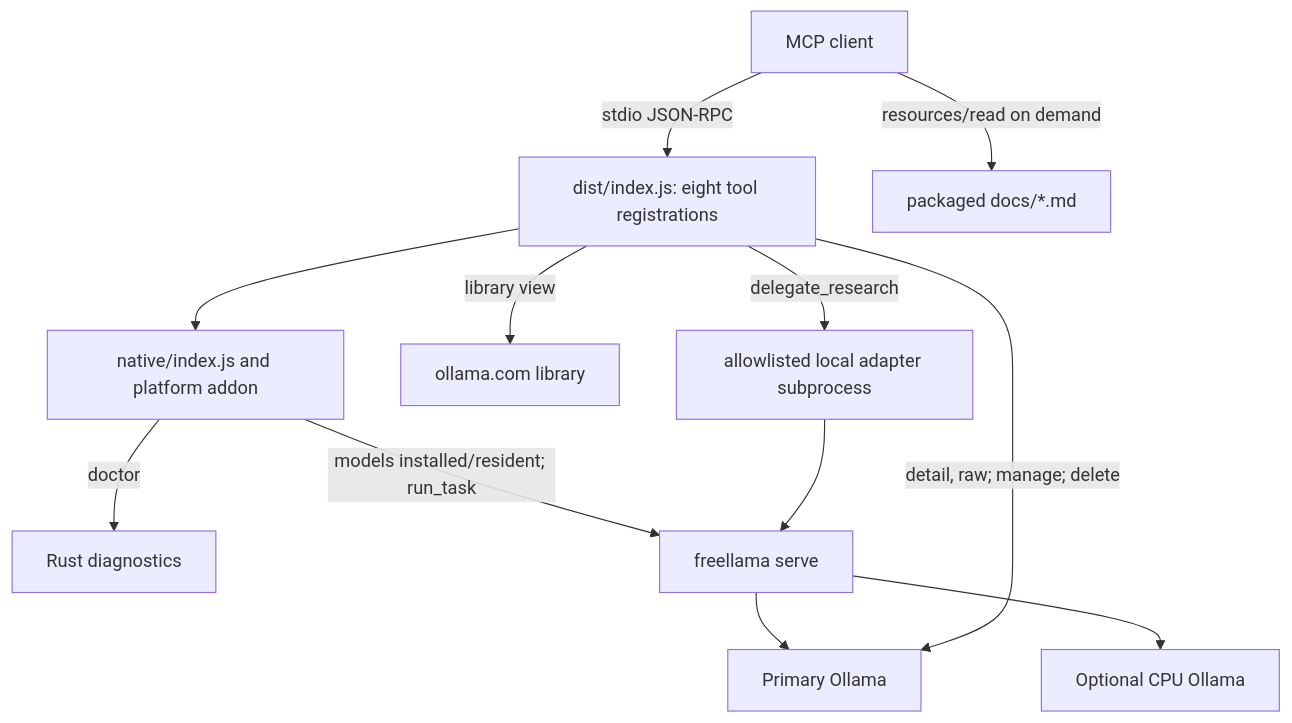
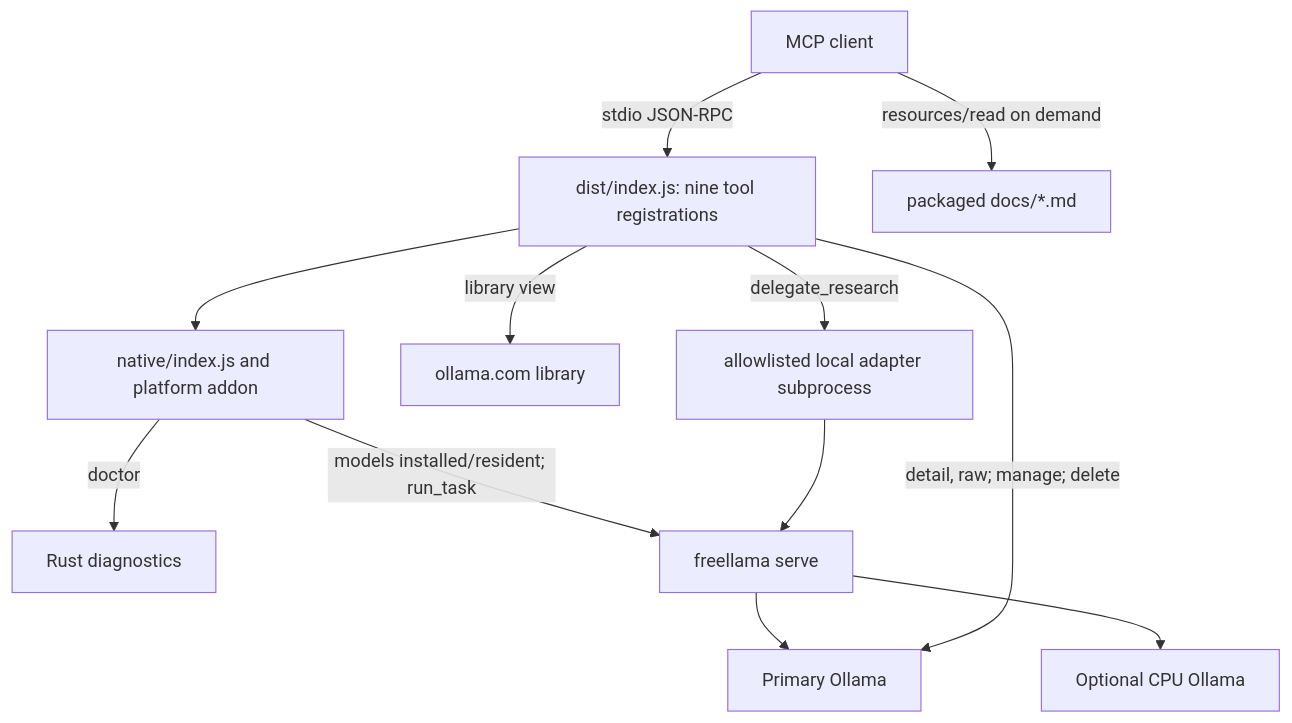
One commit to bgauryy/FreeLlama changed the second of 2 diagrams in packages/mcp/README.md. Above: the diagram before and after it, drawn with Mermaid. The commit also changed other lines of this file and 81 other files, not shown here.

````diff
--- a/packages/mcp/README.md
+++ b/packages/mcp/README.md
@@ -138,14 +157,14 @@
 ```mermaid
 flowchart TD
-    C["MCP client"] -->|"stdio JSON-RPC"| B["dist/index.js: eight tool registrations"]
+    C["MCP client"] -->|"stdio JSON-RPC"| B["dist/index.js: nine tool registrations"]
     B --> N["native/index.js and platform addon"]
     N -->|"doctor"| L["Rust diagnostics"]
     N -->|"models installed/resident; run_task"| S["freellama serve"]
     S --> G["Primary Ollama"]
     S --> U["Optional CPU Ollama"]
     B -->|"detail, raw; manage; delete"| G
     B -->|"library view"| W["ollama.com library"]
     B -->|"delegate_research"| A["allowlisted local adapter subprocess"]
     A --> S
     C -->|"resources/read on demand"| D["packaged docs/*.md"]
 ```
````
